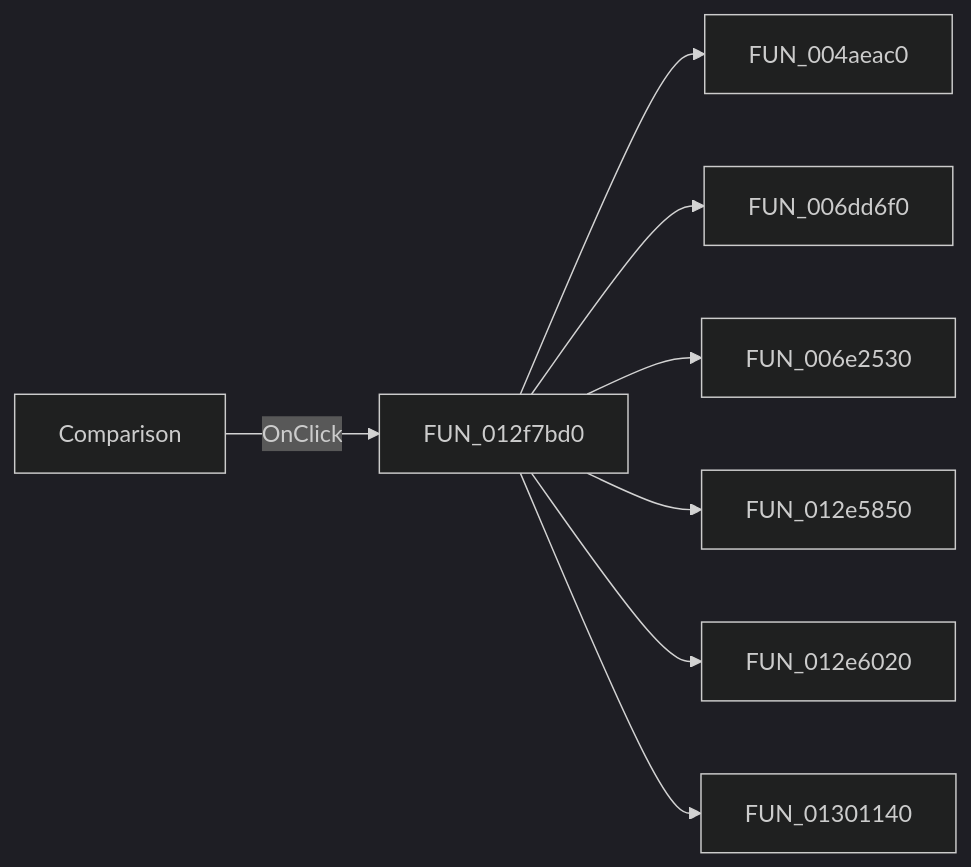
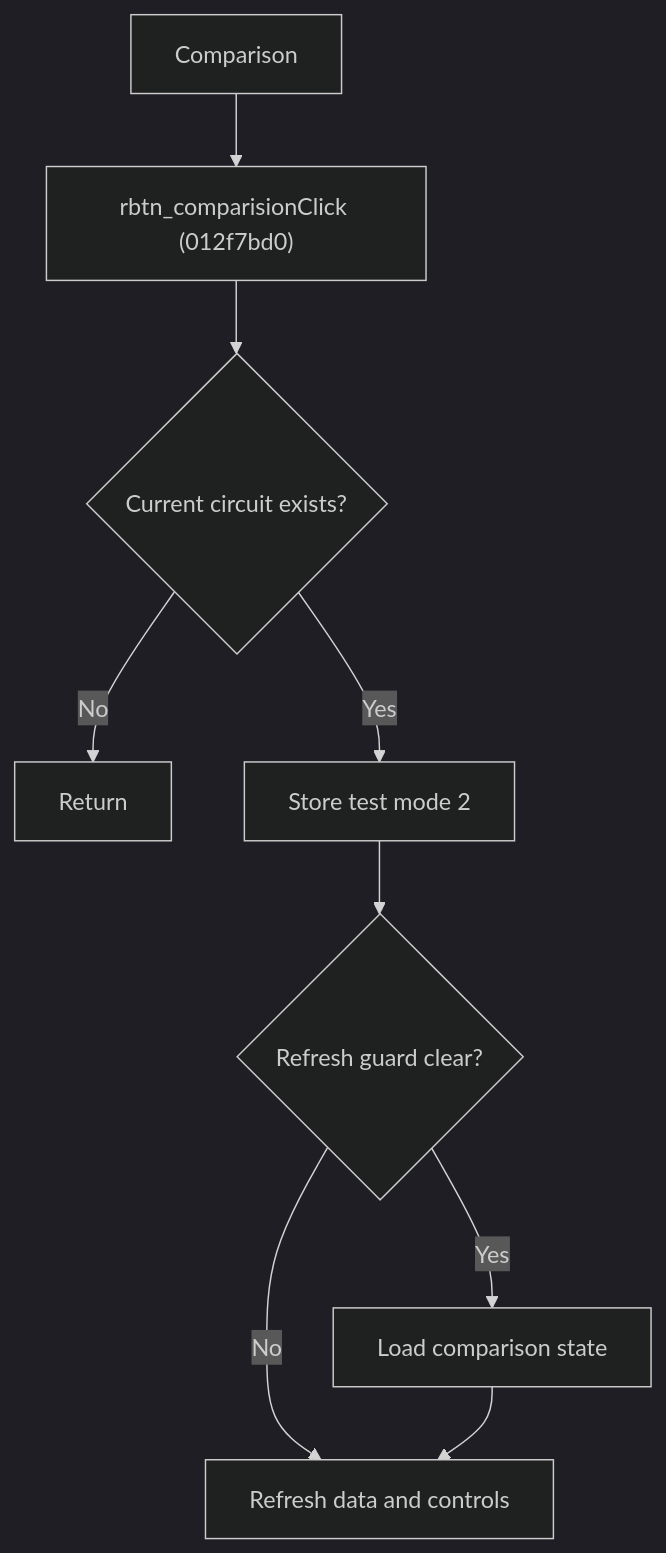
One commit to MovGP0/TIARA changed the diagram in docs/ui-controls/frmmodeltestbencheditor/rbtn-comparision-ebc8609b13.md. Above: the diagram before and after it, drawn with Mermaid (dark theme). The commit also changed other lines of this file and 387 other files, not shown here.

````diff
--- a/docs/ui-controls/frmmodeltestbencheditor/rbtn-comparision-ebc8609b13.md
+++ b/docs/ui-controls/frmmodeltestbencheditor/rbtn-comparision-ebc8609b13.md
@@ -27,10 +29,11 @@
 ```mermaid
-flowchart LR
-    control["Comparison"] -->|OnClick| handler["FUN_012f7bd0"]
-    handler --> call1["FUN_004aeac0"]
-    handler --> call2["FUN_006dd6f0"]
-    handler --> call3["FUN_006e2530"]
-    handler --> call4["FUN_012e5850"]
-    handler --> call5["FUN_012e6020"]
-    handler --> call6["FUN_01301140"]
+flowchart TD
+    control["Comparison"] --> handler["rbtn_comparisionClick (012f7bd0)"]
+    handler --> valid{"Current circuit exists?"}
+    valid -->|No| stop["Return"]
+    valid -->|Yes| mode["Store test mode 2"]
+    mode --> guard{"Refresh guard clear?"}
+    guard -->|Yes| load["Load comparison state"]
+    guard -->|No| refresh["Refresh data and controls"]
+    load --> refresh
 ```
````
